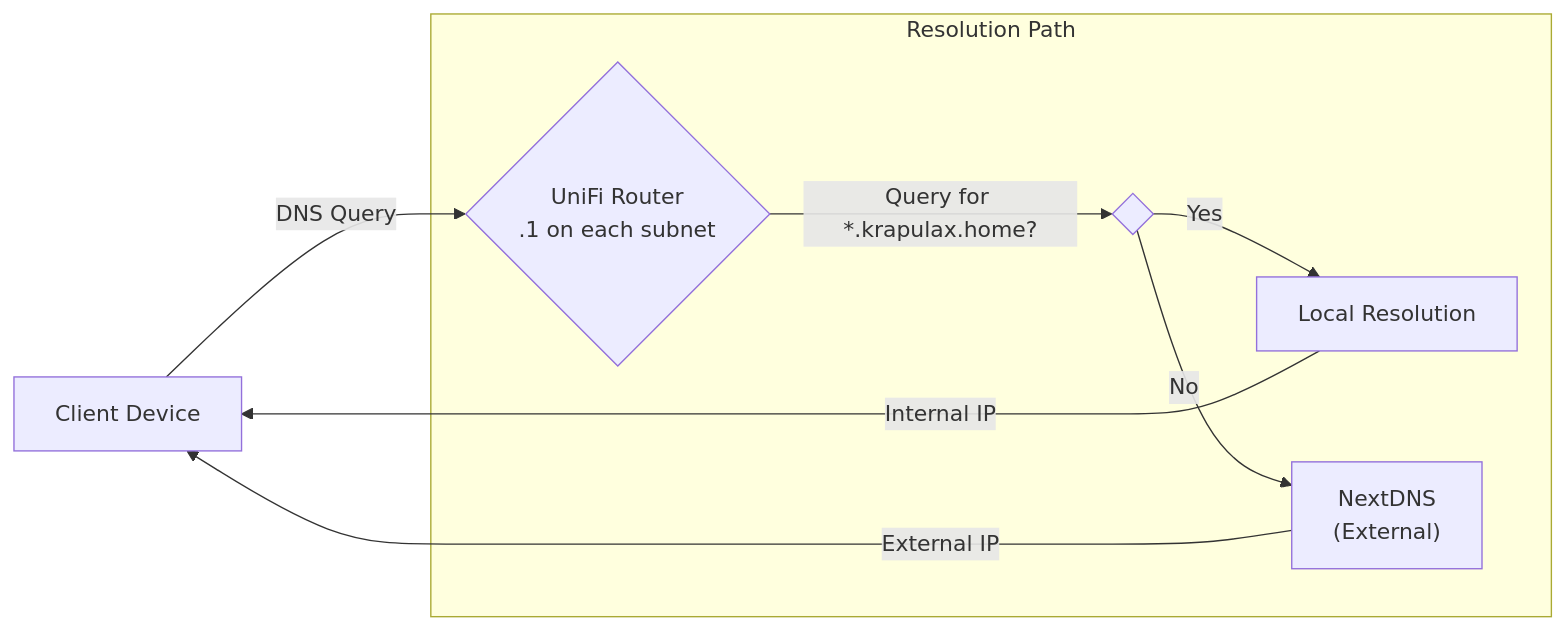
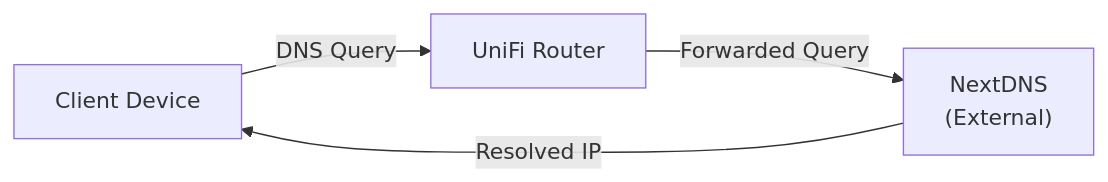
The diagram in docs/dns.md (fabricesemti80/homelab-architecture), drawn with Mermaid before and after one commit. The commit also changed other lines of this file and 4 other files, not shown here.

````diff
--- a/docs/dns.md
+++ b/docs/dns.md
@@ -9,13 +9,6 @@
 ```mermaid
 graph LR
-    Client["Client Device"] -- "DNS Query" --> Router
-
-    subgraph "Resolution Path"
-        Router{"UniFi Router<br/>.1 on each subnet"} -- "Query for *.krapulax.home?" --> Decision{ }
-        Decision -- "Yes" --> Local["Local Resolution"]
-        Decision -- "No" --> NextDNS["NextDNS<br/>(External)"]
-    end
-
-    Local -- "Internal IP" --> Client
-    NextDNS -- "External IP" --> Client
+    Client["Client Device"] -- "DNS Query" --> Router["UniFi Router"]
+    Router -- "Forwarded Query" --> NextDNS["NextDNS<br/>(External)"]
+    NextDNS -- "Resolved IP" --> Client
 ```
````
